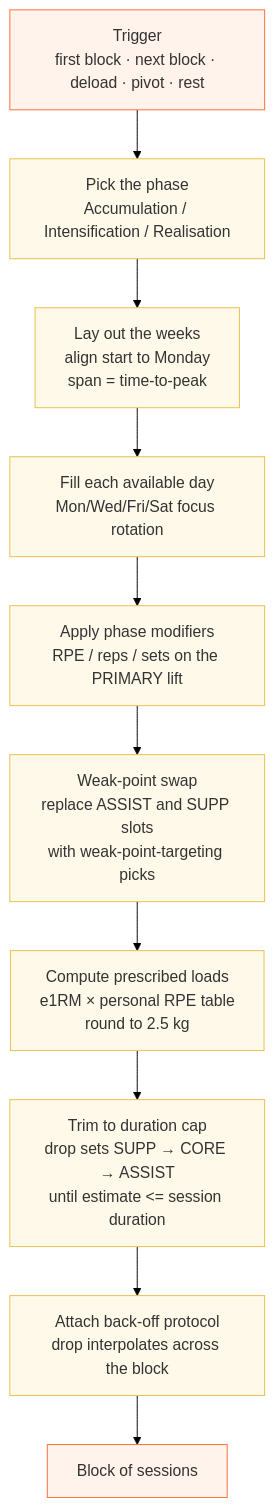
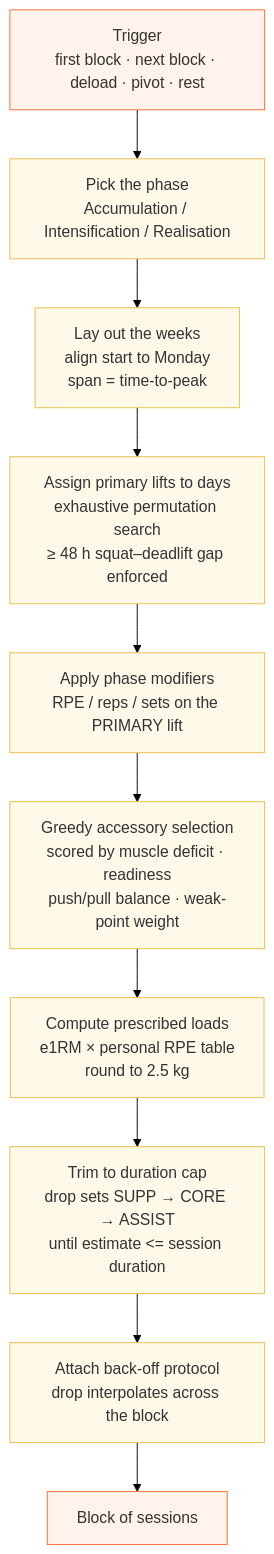
Before and after one commit to taylorelley/tensile: the third of 7 diagrams in docs/program-generation.md, drawn with Mermaid (forest theme). The commit also changed other lines of this file and 2 other files, not shown here.

````diff
--- a/docs/program-generation.md
+++ b/docs/program-generation.md
@@ -120,18 +120,18 @@
 ```mermaid
 flowchart TD
   Start[Trigger<br/>first block · next block · deload · pivot · rest]
   Start --> S1[Pick the phase<br/>Accumulation / Intensification / Realisation]
   S1 --> S2[Lay out the weeks<br/>align start to Monday<br/>span = time-to-peak]
-  S2 --> S3[Fill each available day<br/>Mon/Wed/Fri/Sat focus rotation]
+  S2 --> S3[Assign primary lifts to days<br/>exhaustive permutation search<br/>≥ 48 h squat–deadlift gap enforced]
   S3 --> S4[Apply phase modifiers<br/>RPE / reps / sets on the PRIMARY lift]
-  S4 --> S5[Weak-point swap<br/>replace ASSIST and SUPP slots<br/>with weak-point-targeting picks]
+  S4 --> S5[Greedy accessory selection<br/>scored by muscle deficit · readiness<br/>push/pull balance · weak-point weight]
   S5 --> S6[Compute prescribed loads<br/>e1RM × personal RPE table<br/>round to 2.5 kg]
   S6 --> S7[Trim to duration cap<br/>drop sets SUPP → CORE → ASSIST<br/>until estimate &lt;= session duration]
   S7 --> S8[Attach back-off protocol<br/>drop interpolates across the block]
   S8 --> Out[Block of sessions]
 
   classDef step fill:#fef9e9,stroke:#e8c14e,color:#333;
   classDef io fill:#fff3eb,stroke:#ff6e3a,color:#333;
   class S1,S2,S3,S4,S5,S6,S7,S8 step;
   class Start,Out io;
 ```
````
